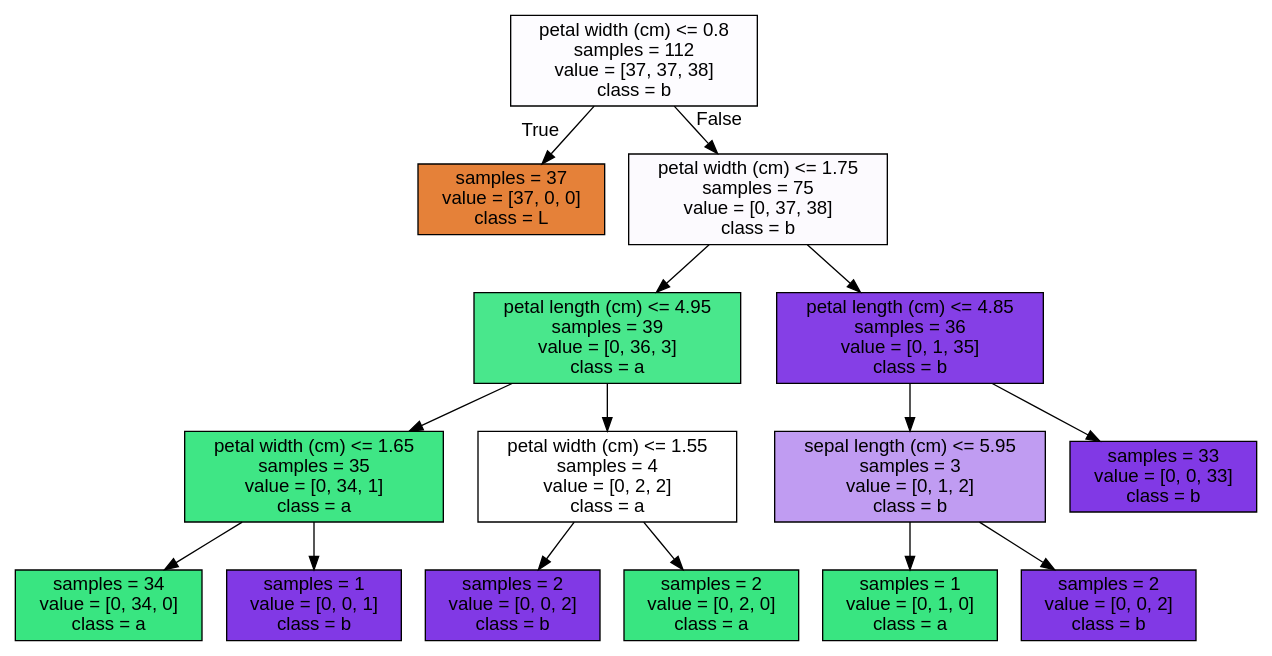
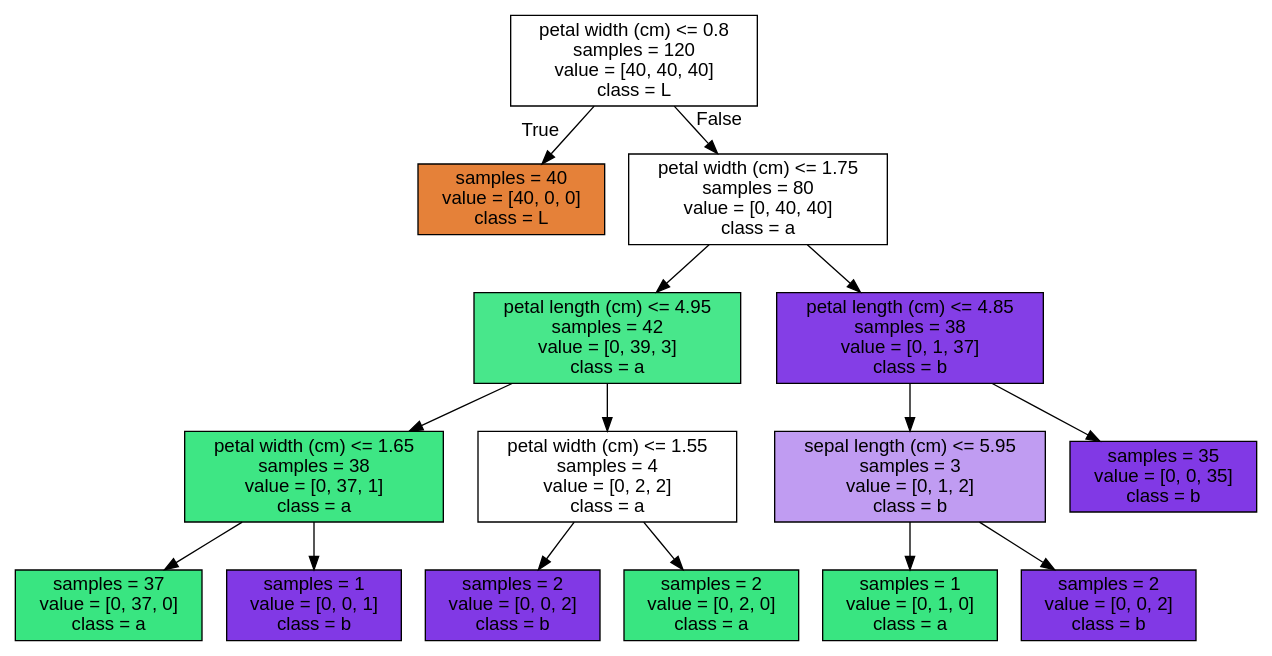
The diagram in tree.dot (kanta-program-account/AnalyzeIris), drawn with Graphviz before and after one commit. The commit also changed 3 other files, not shown here.

```diff
--- a/tree.dot
+++ b/tree.dot
@@ -1,33 +1,33 @@
 digraph Tree {
 node [shape=box, style="filled", color="black", fontname="helvetica"] ;
 edge [fontname="helvetica"] ;
-0 [label="petal width (cm) <= 0.8\nsamples = 112\nvalue = [37, 37, 38]\nclass = b", fillcolor="#fdfcff"] ;
-1 [label="samples = 37\nvalue = [37, 0, 0]\nclass = L", fillcolor="#e58139"] ;
+0 [label="petal width (cm) <= 0.8\nsamples = 120\nvalue = [40, 40, 40]\nclass = L", fillcolor="#ffffff"] ;
+1 [label="samples = 40\nvalue = [40, 0, 0]\nclass = L", fillcolor="#e58139"] ;
 0 -> 1 [labeldistance=2.5, labelangle=45, headlabel="True"] ;
-2 [label="petal width (cm) <= 1.75\nsamples = 75\nvalue = [0, 37, 38]\nclass = b", fillcolor="#fcfafe"] ;
+2 [label="petal width (cm) <= 1.75\nsamples = 80\nvalue = [0, 40, 40]\nclass = a", fillcolor="#ffffff"] ;
 0 -> 2 [labeldistance=2.5, labelangle=-45, headlabel="False"] ;
-3 [label="petal length (cm) <= 4.95\nsamples = 39\nvalue = [0, 36, 3]\nclass = a", fillcolor="#49e78c"] ;
+3 [label="petal length (cm) <= 4.95\nsamples = 42\nvalue = [0, 39, 3]\nclass = a", fillcolor="#48e78b"] ;
 2 -> 3 ;
-4 [label="petal width (cm) <= 1.65\nsamples = 35\nvalue = [0, 34, 1]\nclass = a", fillcolor="#3fe685"] ;
+4 [label="petal width (cm) <= 1.65\nsamples = 38\nvalue = [0, 37, 1]\nclass = a", fillcolor="#3ee684"] ;
 3 -> 4 ;
-5 [label="samples = 34\nvalue = [0, 34, 0]\nclass = a", fillcolor="#39e581"] ;
+5 [label="samples = 37\nvalue = [0, 37, 0]\nclass = a", fillcolor="#39e581"] ;
 4 -> 5 ;
 6 [label="samples = 1\nvalue = [0, 0, 1]\nclass = b", fillcolor="#8139e5"] ;
 4 -> 6 ;
 7 [label="petal width (cm) <= 1.55\nsamples = 4\nvalue = [0, 2, 2]\nclass = a", fillcolor="#ffffff"] ;
 3 -> 7 ;
 8 [label="samples = 2\nvalue = [0, 0, 2]\nclass = b", fillcolor="#8139e5"] ;
 7 -> 8 ;
 9 [label="samples = 2\nvalue = [0, 2, 0]\nclass = a", fillcolor="#39e581"] ;
 7 -> 9 ;
-10 [label="petal length (cm) <= 4.85\nsamples = 36\nvalue = [0, 1, 35]\nclass = b", fillcolor="#853fe6"] ;
+10 [label="petal length (cm) <= 4.85\nsamples = 38\nvalue = [0, 1, 37]\nclass = b", fillcolor="#843ee6"] ;
 2 -> 10 ;
 11 [label="sepal length (cm) <= 5.95\nsamples = 3\nvalue = [0, 1, 2]\nclass = b", fillcolor="#c09cf2"] ;
 10 -> 11 ;
 12 [label="samples = 1\nvalue = [0, 1, 0]\nclass = a", fillcolor="#39e581"] ;
 11 -> 12 ;
 13 [label="samples = 2\nvalue = [0, 0, 2]\nclass = b", fillcolor="#8139e5"] ;
 11 -> 13 ;
-14 [label="samples = 33\nvalue = [0, 0, 33]\nclass = b", fillcolor="#8139e5"] ;
+14 [label="samples = 35\nvalue = [0, 0, 35]\nclass = b", fillcolor="#8139e5"] ;
 10 -> 14 ;
 }
```
